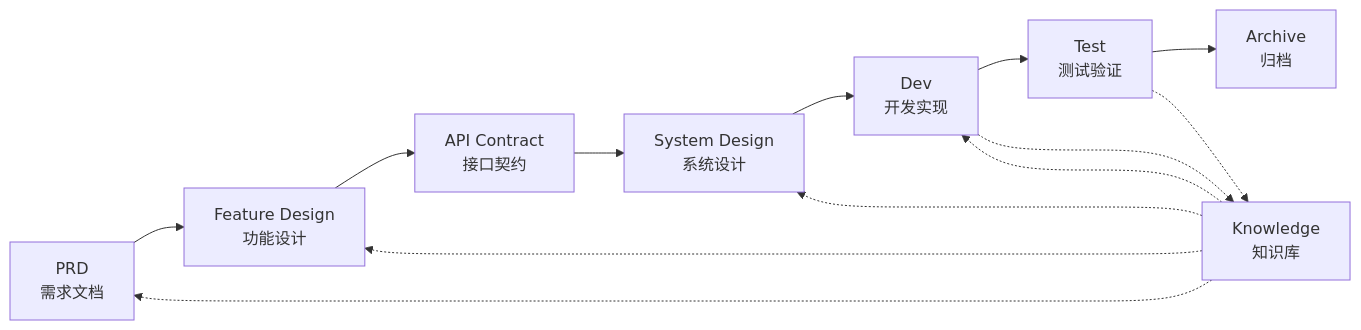
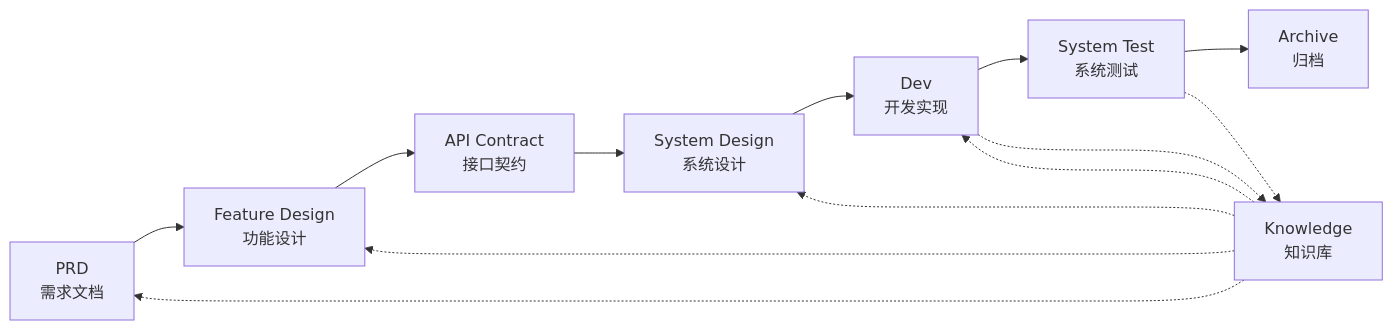
The diagram in README.md (charlesmu99/speccrew), drawn with Mermaid before and after one commit. The commit also changed other lines of this file and 8 other files, not shown here.

````diff
--- a/README.md
+++ b/README.md
@@ -90,17 +96,17 @@
 ```mermaid
 graph LR
     A[PRD<br/>需求文档] --> B[Feature Design<br/>功能设计]
     B --> C[API Contract<br/>接口契约]
     C --> D[System Design<br/>系统设计]
     D --> E[Dev<br/>开发实现]
-    E --> F[Test<br/>测试验证]
+    E --> F[System Test<br/>系统测试]
     F --> G[Archive<br/>归档]
     
     H[Knowledge<br/>知识库] -.-> A
     H -.-> B
     H -.-> D
     H -.-> E
     
     E -.-> H
     F -.-> H
 ```
````
